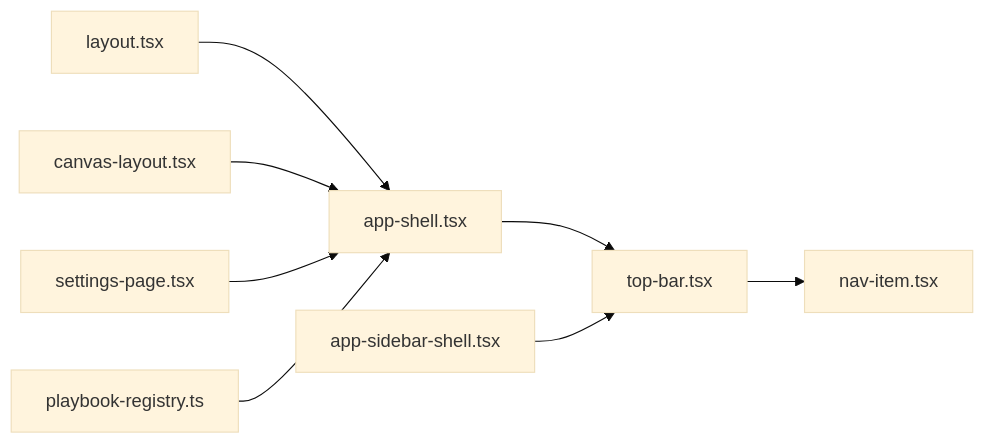
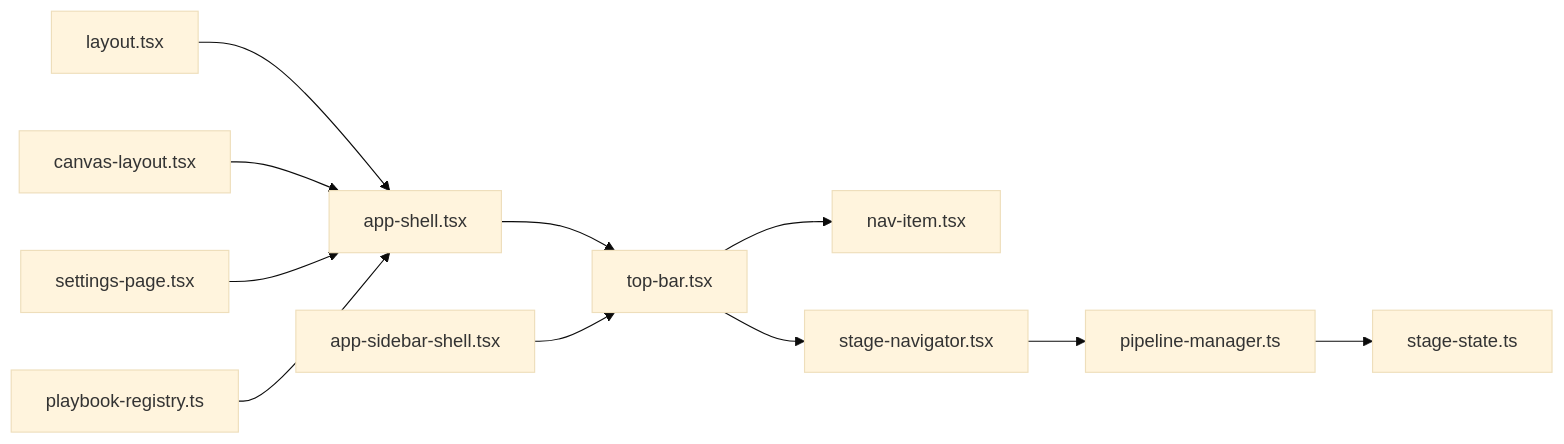
The seventh of 7 diagrams in .qoder/repowiki/zh/content/UI 组件库/业务组件/顶部导航栏组件.md (AIMFllyYS/code-video-canvas), drawn with Mermaid (base theme) before and after one commit. The commit also changed other lines of this file and 51 other files, not shown here.

````diff
--- a/.qoder/repowiki/zh/content/UI 组件库/业务组件/顶部导航栏组件.md
+++ b/.qoder/repowiki/zh/content/UI 组件库/业务组件/顶部导航栏组件.md
@@ -270,10 +404,13 @@
 ```mermaid
 graph LR
 TopBar["top-bar.tsx"] --> NavItem["nav-item.tsx"]
+TopBar --> StageNavigator["stage-navigator.tsx"]
+StageNavigator --> PipelineManager["pipeline-manager.ts"]
+PipelineManager --> StageState["stage-state.ts"]
 AppShell["app-shell.tsx"] --> TopBar
 AppSidebarShell["app-sidebar-shell.tsx"] --> TopBar
 RootLayout["layout.tsx"] --> AppShell
 CanvasLayout["canvas-layout.tsx"] --> AppShell
 SettingsPage["settings-page.tsx"] --> AppShell
 PlaybookRegistry["playbook-registry.ts"] --> AppShell
 ```
````
